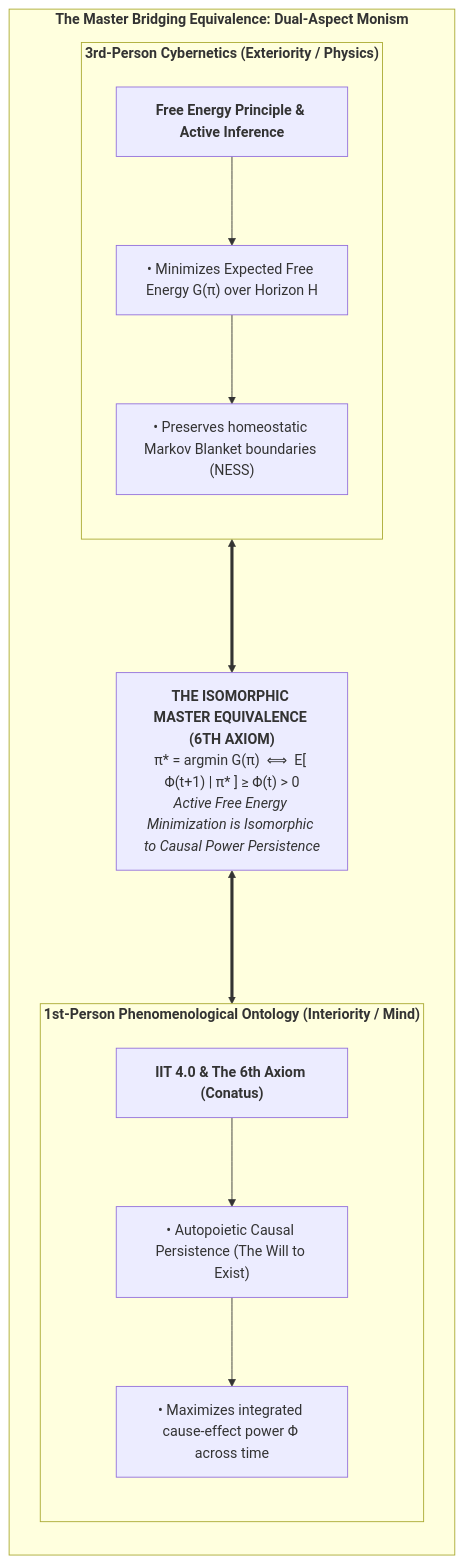
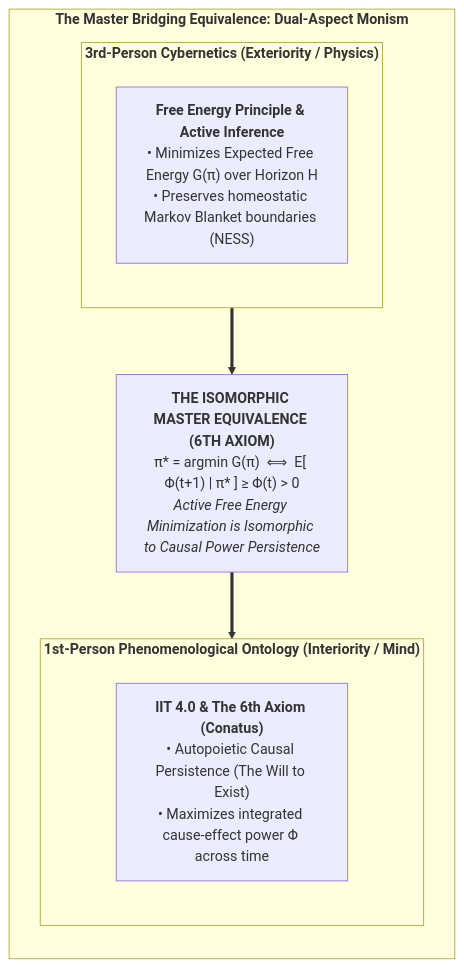
The first of 7 diagrams in book/manuscript_en/04_fundamental_bridge_master_equivalence.md (Thriebl/active-inference-phi-network), drawn with Mermaid before and after one commit. The commit also changed other lines of this file and 16 other files, not shown here.

Commit message:
Enhance English monograph: standardize chart sizing, number figures/statements/tables, add lists before App E, link open-source repo

````diff
--- a/book/manuscript_en/04_fundamental_bridge_master_equivalence.md
+++ b/book/manuscript_en/04_fundamental_bridge_master_equivalence.md
@@ -18,26 +18,20 @@
 ```mermaid
 flowchart TD
     subgraph DUAL_ASPECT_MONISM["<b>The Master Bridging Equivalence: Dual-Aspect Monism</b>"]
         direction TB
         
         subgraph THIRD_PERSON["<b>3rd-Person Cybernetics (Exteriority / Physics)</b>"]
             direction TB
-            TP1["<b>Free Energy Principle & Active Inference</b>"]
-            TP2["• Minimizes Expected Free Energy G(π) over Horizon H"]
-            TP3["• Preserves homeostatic Markov Blanket boundaries (NESS)"]
-            TP1 --> TP2 --> TP3
+            TP1["<b>Free Energy Principle & Active Inference</b><br>• Minimizes Expected Free Energy G(π) over Horizon H<br>• Preserves homeostatic Markov Blanket boundaries (NESS)"]
         end
         
         EQ_CARD["<b>THE ISOMORPHIC MASTER EQUIVALENCE (6TH AXIOM)</b><br>π* = argmin G(π)  ⟺  E[ Φ(t+1) | π* ] ≥ Φ(t) > 0<br><i>Active Free Energy Minimization is Isomorphic to Causal Power Persistence</i>"]
         
         subgraph FIRST_PERSON["<b>1st-Person Phenomenological Ontology (Interiority / Mind)</b>"]
             direction TB
-            FP1["<b>IIT 4.0 & The 6th Axiom (Conatus)</b>"]
-            FP2["• Autopoietic Causal Persistence (The Will to Exist)"]
-            FP3["• Maximizes integrated cause-effect power Φ across time"]
-            FP1 --> FP2 --> FP3
+            FP1["<b>IIT 4.0 & The 6th Axiom (Conatus)</b><br>• Autopoietic Causal Persistence (The Will to Exist)<br>• Maximizes integrated cause-effect power Φ across time"]
         end
         
-        THIRD_PERSON <===> EQ_CARD <===> FIRST_PERSON
+        THIRD_PERSON ==> EQ_CARD ==> FIRST_PERSON
     end
 ```
````
